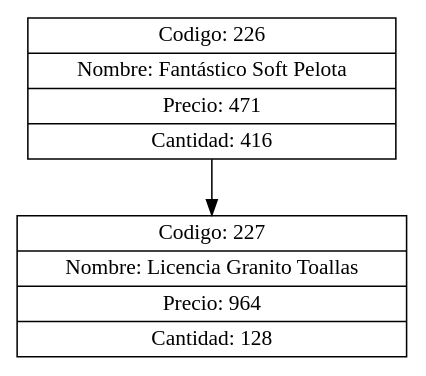
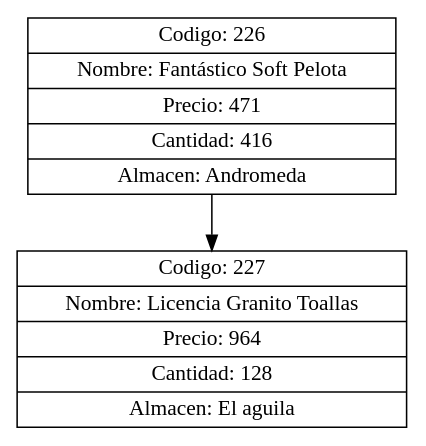
The diagram in src/Graphviz/files/ArbolBernaleHijos5.dot (Pdante1897/EDD_VirtualMall_201700945), drawn with Graphviz before and after one commit. The commit also changed 91 other files, not shown here.

```diff
--- a/src/Graphviz/files/ArbolBernaleHijos5.dot
+++ b/src/Graphviz/files/ArbolBernaleHijos5.dot
@@ -1,6 +1,6 @@
 digraph G{
 node[shape="box" shape="record"]
-nodo226[label="{ Codigo: 226 | Nombre: Fantástico Soft Pelota | Precio: 471 | Cantidad: 416}"];
-nodo227[label="{ Codigo: 227 | Nombre: Licencia Granito Toallas | Precio: 964 | Cantidad: 128}"];
+nodo226[label="{ Codigo: 226 | Nombre: Fantástico Soft Pelota | Precio: 471 | Cantidad: 416 | Almacen: Andromeda}"];
+nodo227[label="{ Codigo: 227 | Nombre: Licencia Granito Toallas | Precio: 964 | Cantidad: 128 | Almacen: El aguila}"];
 nodo226->nodo227;
 }
```
